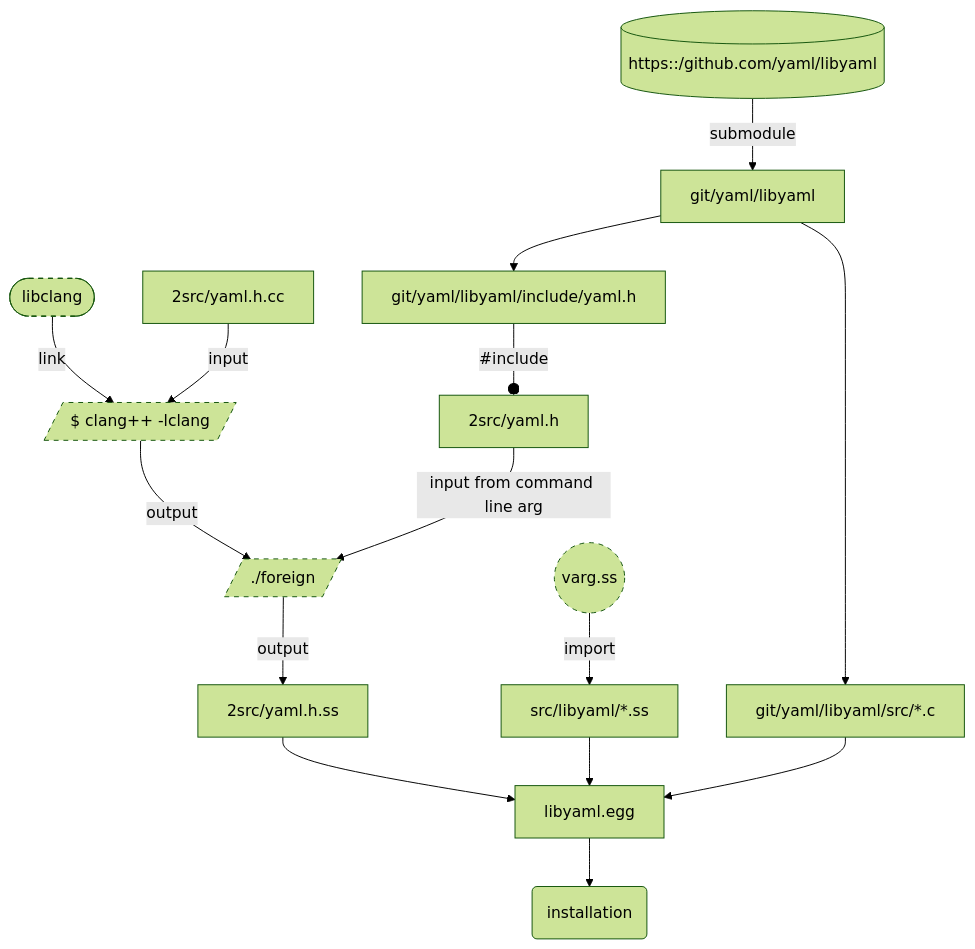
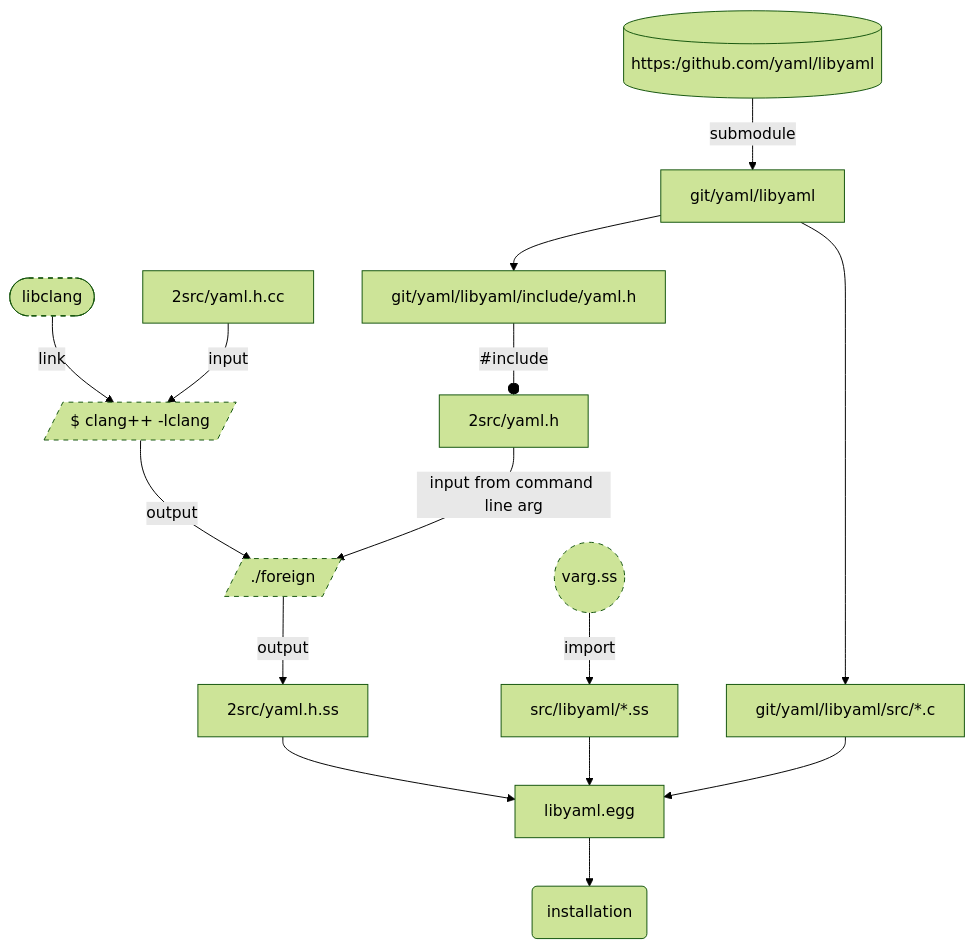
The diagram in docs/dev.md (riku-ri/libyaml.ss), drawn with Mermaid (forest theme) before and after one commit.

````diff
--- a/docs/dev.md
+++ b/docs/dev.md
@@ -5,37 +5,37 @@
 ```mermaid
 flowchart
 
-yaml/libyaml[(https::/github.com/yaml/libyaml)]
+yaml/libyaml[(https:/github.com/yaml/libyaml)]
 --submodule--> git/yaml/libyaml --> git/yaml/libyaml/src/*.c
 
 libclang([libclang])
 --link--> clang++[/clang++ -lclang/]
 style libclang stroke-dasharray: 5 5
 2src/yaml.h.cc
 --input--> clang++[/clang++ -lclang/]
 style clang++ stroke-dasharray: 5 5
 clang++[/$ clang++ -lclang/]
 -- output --> foreign[/./foreign/]
 style foreign stroke-dasharray: 5 5
 
 git/yaml/libyaml
 --> git/yaml/libyaml/include/yaml.h
 --#include--o 2src/yaml.h
 --input from command line arg-->foreign
 
 foreign
 -- output --> 2src/yaml.h.ss
 
 2src/yaml.h.ss
 --> libyaml.egg
 style varg.ss stroke-dasharray: 5 5
 varg.ss((varg.ss))
 --import--> src/libyaml/*.ss
 --> libyaml.egg
 git/yaml/libyaml/src/*.c
 --> libyaml.egg
 
 END(installation)
 libyaml.egg
 --> END
 ```
````
